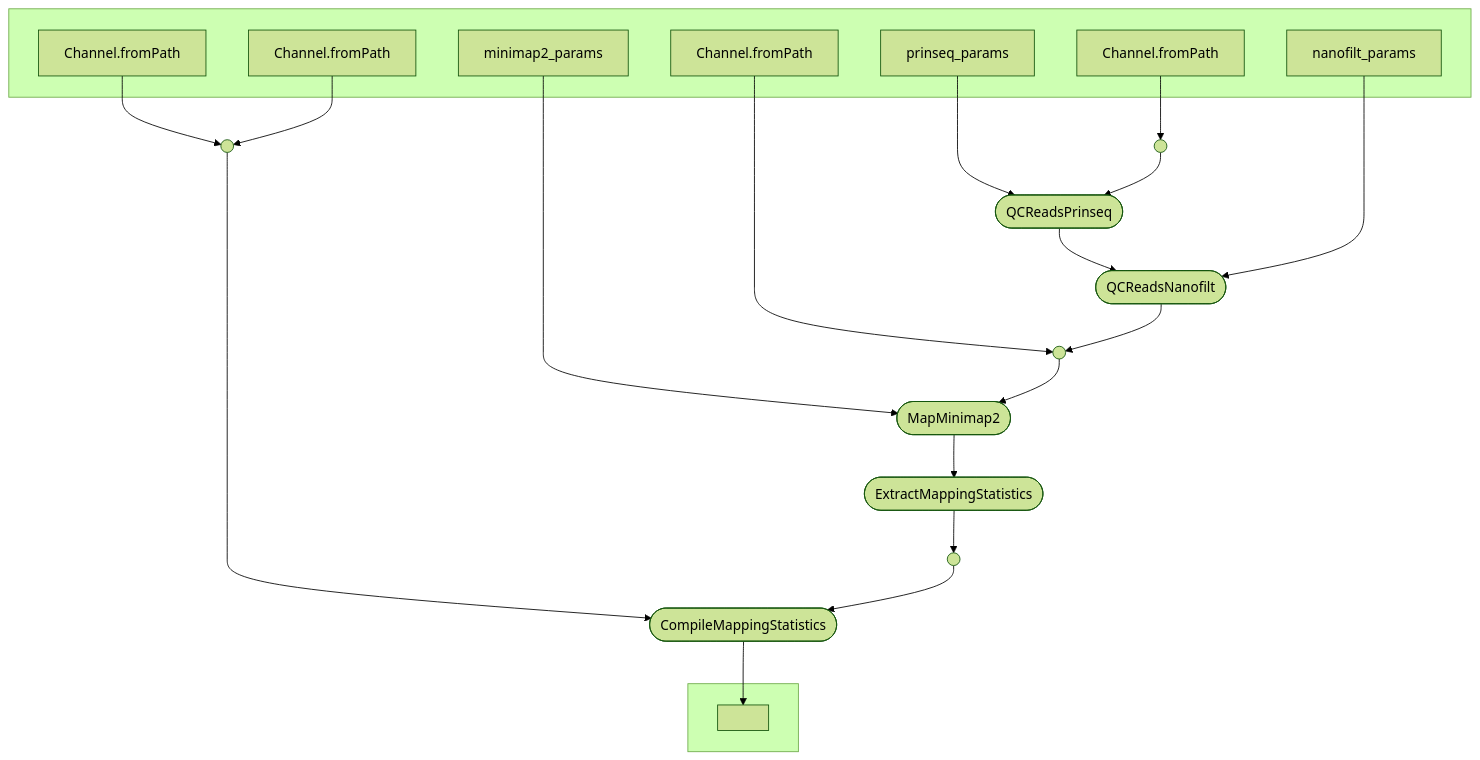
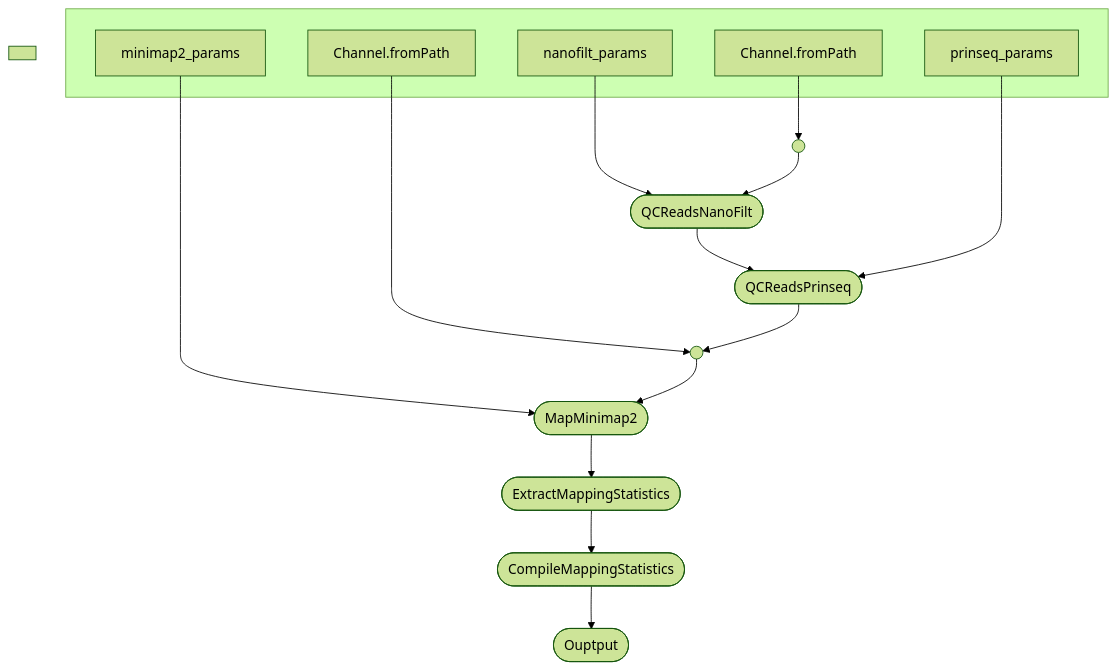
Before and after one commit to SantosJGND/mapping_workflow: the second of 2 diagrams in README.md, drawn with Mermaid (forest theme). The commit also changed other lines of this file and 4 other files, not shown here.

````diff
--- a/README.md
+++ b/README.md
@@ -40,40 +85,32 @@
 ```mermaid
 flowchart TB
     subgraph " "
     v0["Channel.fromPath"]
     v3["Channel.fromPath"]
-    v6["prinseq_params"]
-    v8["nanofilt_params"]
+    v6["nanofilt_params"]
+    v8["prinseq_params"]
     v11["minimap2_params"]
-    v14["Channel.fromPath"]
-    v17["Channel.fromPath"]
     end
-    v7([QCReadsPrinseq])
-    v9([QCReadsNanofilt])
+    v7([QCReadsNanoFilt])
+    v9([QCReadsPrinseq])
     v12([MapMinimap2])
     v13([ExtractMappingStatistics])
-    v21([CompileMappingStatistics])
+    v14([CompileMappingStatistics])
+    v15([Ouptput])
     subgraph " "
-    v22[" "]
     end
     v1(( ))
     v4(( ))
-    v15(( ))
-    v20(( ))
     v0 --> v1
     v3 --> v4
     v6 --> v7
     v1 --> v7
     v7 --> v9
     v8 --> v9
     v9 --> v4
     v11 --> v12
     v4 --> v12
     v12 --> v13
-    v13 --> v20
+    v13 --> v14
     v14 --> v15
-    v17 --> v15
-    v15 --> v21
-    v20 --> v21
-    v21 --> v22
 ```
````
